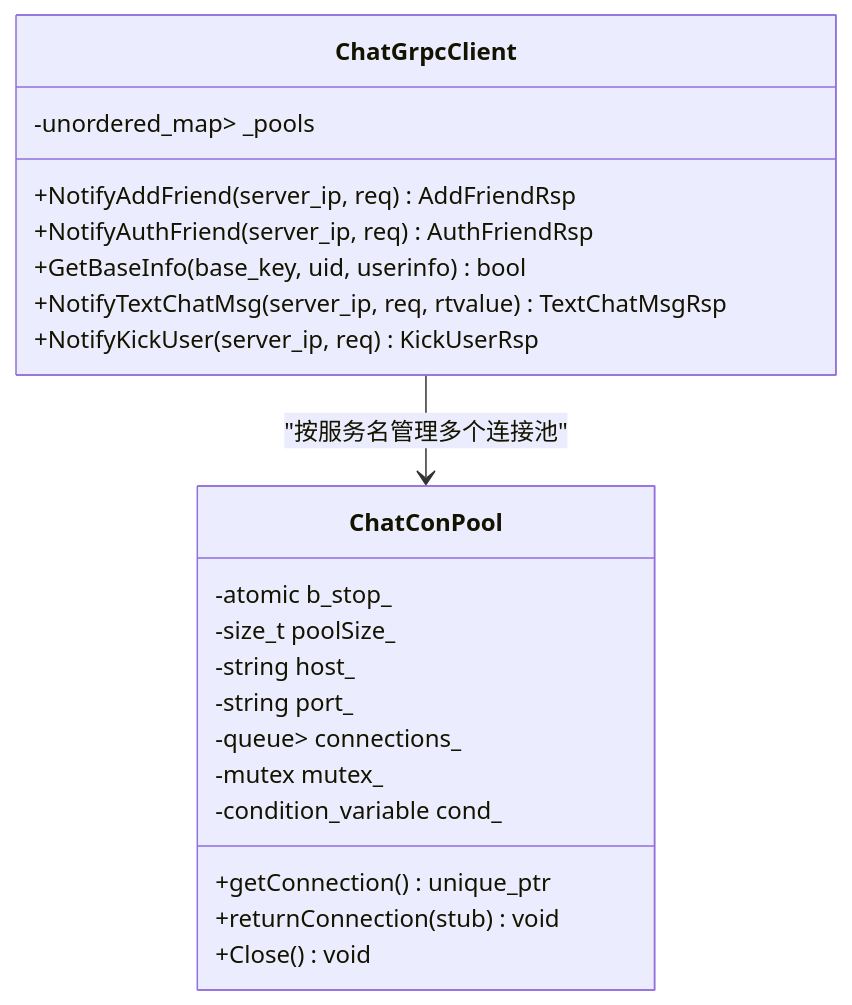
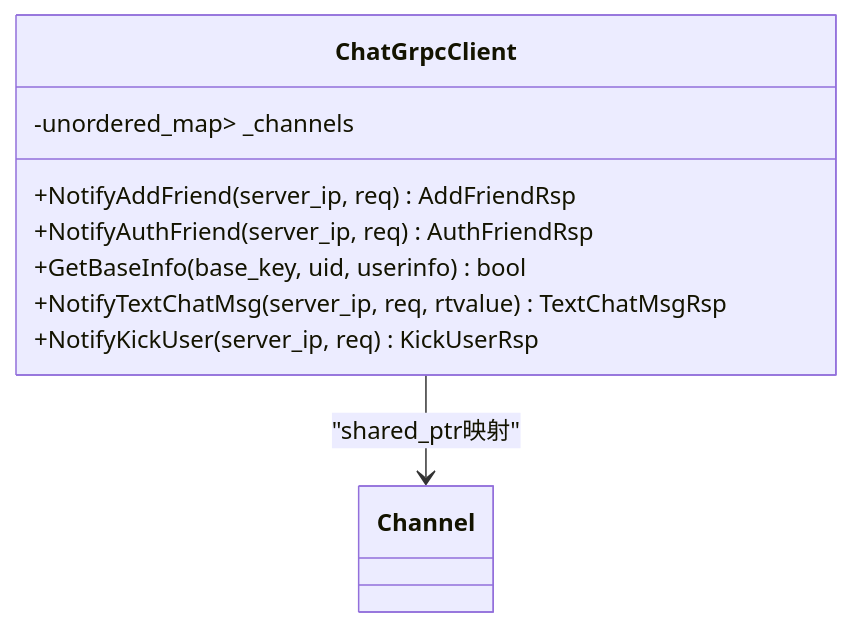
The third of 8 diagrams in .qoder/repowiki/zh/content/网络通信/gRPC微服务接口/gRPC客户端实现指南.md (echo9923/mychatter), drawn with Mermaid before and after one commit. The commit also changed other lines of this file and 54 other files, not shown here.

````diff
--- a/.qoder/repowiki/zh/content/网络通信/gRPC微服务接口/gRPC客户端实现指南.md
+++ b/.qoder/repowiki/zh/content/网络通信/gRPC微服务接口/gRPC客户端实现指南.md
@@ -145,24 +140,12 @@
 ```mermaid
 classDiagram
-class ChatConPool {
--atomic<bool> b_stop_
--size_t poolSize_
--string host_
--string port_
--queue<unique_ptr<ChatService : : Stub>> connections_
--mutex mutex_
--condition_variable cond_
-+getConnection() unique_ptr<ChatService : : Stub>
-+returnConnection(stub) void
-+Close() void
-}
 class ChatGrpcClient {
--unordered_map<string, unique_ptr<ChatConPool>> _pools
+-unordered_map<string, shared_ptr<Channel>> _channels
 +NotifyAddFriend(server_ip, req) AddFriendRsp
 +NotifyAuthFriend(server_ip, req) AuthFriendRsp
 +GetBaseInfo(base_key, uid, userinfo) bool
 +NotifyTextChatMsg(server_ip, req, rtvalue) TextChatMsgRsp
 +NotifyKickUser(server_ip, req) KickUserRsp
 }
-ChatGrpcClient --> ChatConPool : "按服务名管理多个连接池"
+ChatGrpcClient --> Channel : "shared_ptr<Channel>映射"
 ```
````
